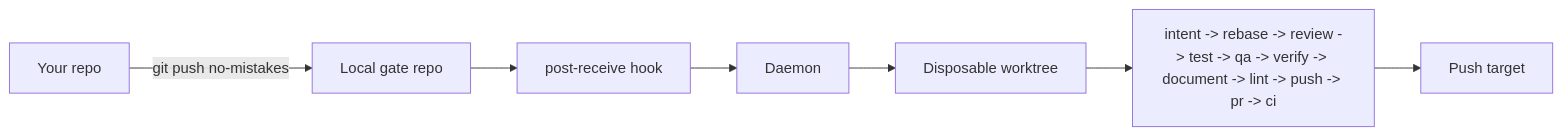
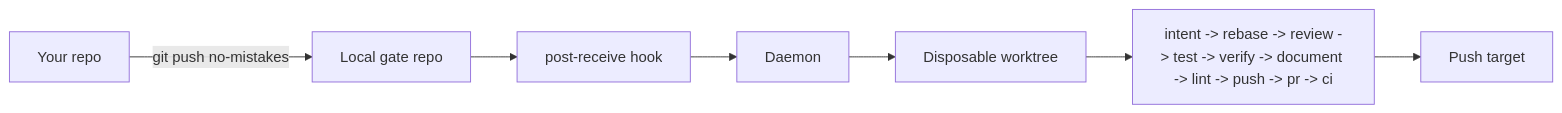
The diagram in docs/src/content/docs/start-here/introduction.md (haozhenfei/no-mistakes), drawn with Mermaid before and after one commit. The commit also changed other lines of this file and 29 other files, not shown here.

````diff
--- a/docs/src/content/docs/start-here/introduction.md
+++ b/docs/src/content/docs/start-here/introduction.md
@@ -48,9 +48,9 @@
 ```mermaid
 flowchart LR
   repo["Your repo"] -->|"git push no-mistakes"| gate["Local gate repo"]
   gate --> hook["post-receive hook"]
   hook --> daemon["Daemon"]
   daemon --> worktree["Disposable worktree"]
-  worktree --> pipeline["intent -> rebase -> review -> test -> qa -> verify -> document -> lint -> push -> pr -> ci"]
+  worktree --> pipeline["intent -> rebase -> review -> test -> verify -> document -> lint -> push -> pr -> ci"]
   pipeline --> target["Push target"]
 ```
````
